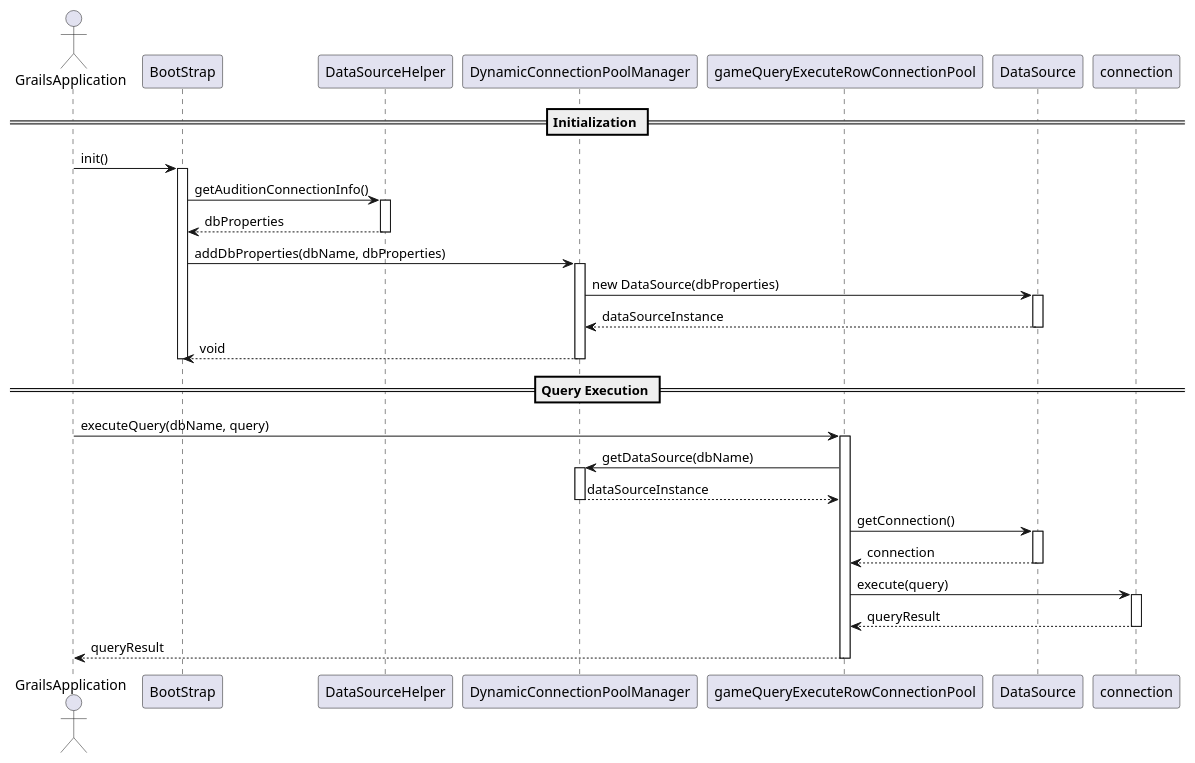
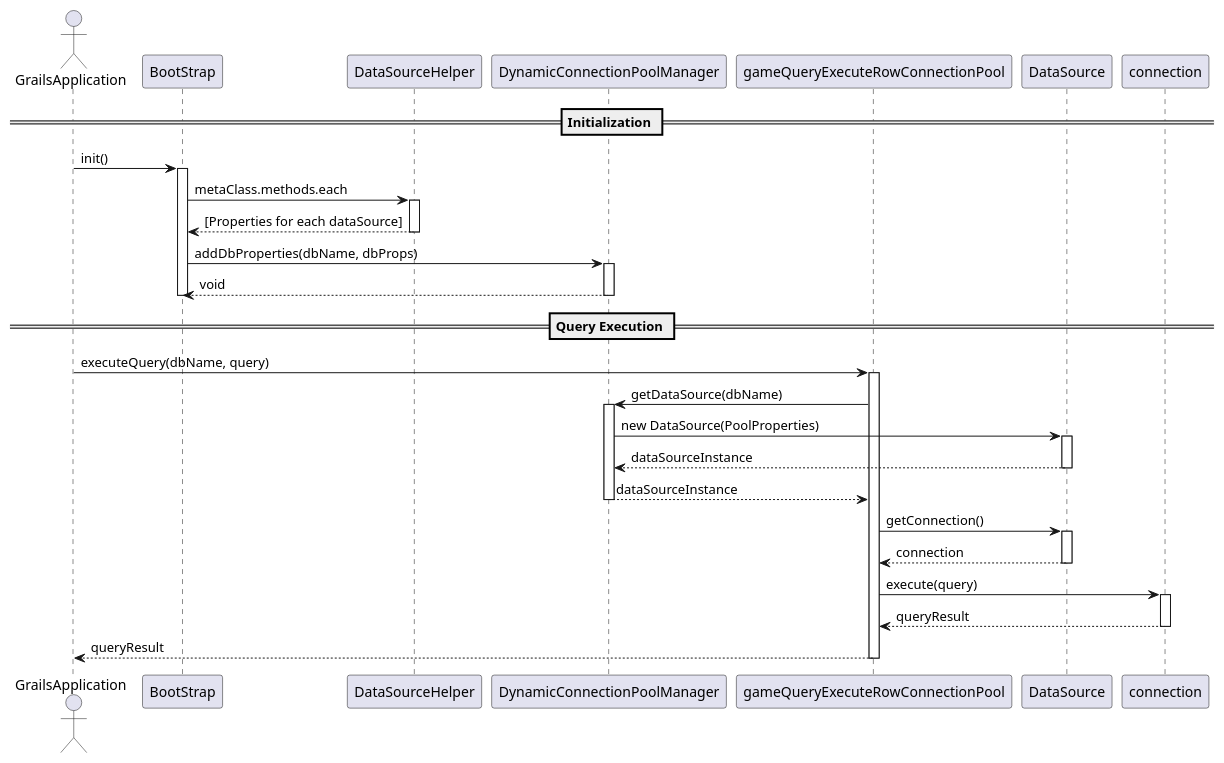
One commit to asiamoon25/TIL_yeonsang changed the diagram in memo2/Database Connection 분리.md. Above: the diagram before and after it, drawn with PlantUML.

Commit message:
vault backup: 2024-01-25 10:21:59

````diff
--- a/memo2/Database Connection 분리.md
+++ b/memo2/Database Connection 분리.md
@@ -1,41 +1,57 @@
 ```plantuml
+@startuml
+
 actor GrailsApplication
+
 participant BootStrap
+
 participant DataSourceHelper
+
 participant DynamicConnectionPoolManager
+
 participant gameQueryExecuteRowConnectionPool
+
 participant DataSource
+
+  
+
 == Initialization ==
+
 GrailsApplication -> BootStrap: init()
+
 activate BootStrap
-BootStrap -> DataSourceHelper: getAuditionConnectionInfo()
+
+BootStrap -> DataSourceHelper: metaClass.methods.each
 activate DataSourceHelper
-DataSourceHelper --> BootStrap: dbProperties
+DataSourceHelper --> BootStrap: [Properties for each dataSource]
 deactivate DataSourceHelper
-BootStrap -> DynamicConnectionPoolManager: addDbProperties(dbName, dbProperties)
+BootStrap -> DynamicConnectionPoolManager: addDbProperties(dbName, dbProps)
 activate DynamicConnectionPoolManager
-DynamicConnectionPoolManager -> DataSource: new DataSource(dbProperties)
-activate DataSource
-DataSource --> DynamicConnectionPoolManager: dataSourceInstance
-deactivate DataSource
 DynamicConnectionPoolManager --> BootStrap: void
 deactivate DynamicConnectionPoolManager
 deactivate BootStrap
 == Query Execution ==
 GrailsApplication -> gameQueryExecuteRowConnectionPool: executeQuery(dbName, query)
 activate gameQueryExecuteRowConnectionPool
 gameQueryExecuteRowConnectionPool -> DynamicConnectionPoolManager: getDataSource(dbName)
 activate DynamicConnectionPoolManager
+DynamicConnectionPoolManager -> DataSource: new DataSource(PoolProperties)
+activate DataSource
+DataSource --> DynamicConnectionPoolManager: dataSourceInstance
+deactivate DataSource
 DynamicConnectionPoolManager --> gameQueryExecuteRowConnectionPool: dataSourceInstance
 deactivate DynamicConnectionPoolManager
 gameQueryExecuteRowConnectionPool -> DataSource: getConnection()
 activate DataSource
 DataSource --> gameQueryExecuteRowConnectionPool: connection
 deactivate DataSource
 gameQueryExecuteRowConnectionPool -> connection: execute(query)
 activate connection
 connection --> gameQueryExecuteRowConnectionPool: queryResult
 deactivate connection
 gameQueryExecuteRowConnectionPool --> GrailsApplication: queryResult
+
 deactivate gameQueryExecuteRowConnectionPool
+
+@enduml
 ```
````
